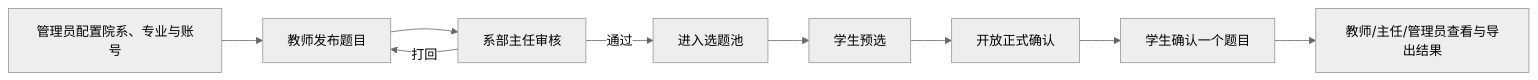
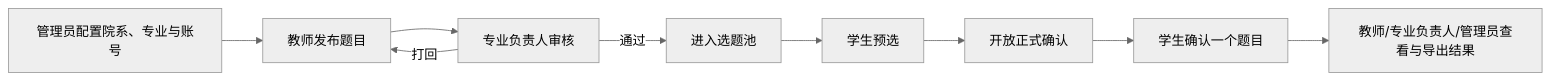
The first of 2 diagrams in README.md (Lq0412/graduation-topic-selection-system), drawn with Mermaid (neutral theme) before and after one commit. The commit also changed other lines of this file and 33 other files, not shown here.

````diff
--- a/README.md
+++ b/README.md
@@ -60,11 +60,11 @@
 ```mermaid
 flowchart LR
     A[管理员配置院系、专业与账号] --> B[教师发布题目]
-    B --> C[系部主任审核]
+    B --> C[专业负责人审核]
     C -->|通过| D[进入选题池]
     C -->|打回| B
     D --> E[学生预选]
     E --> F[开放正式确认]
     F --> G[学生确认一个题目]
-    G --> H[教师/主任/管理员查看与导出结果]
+    G --> H[教师/专业负责人/管理员查看与导出结果]
 ```
````
